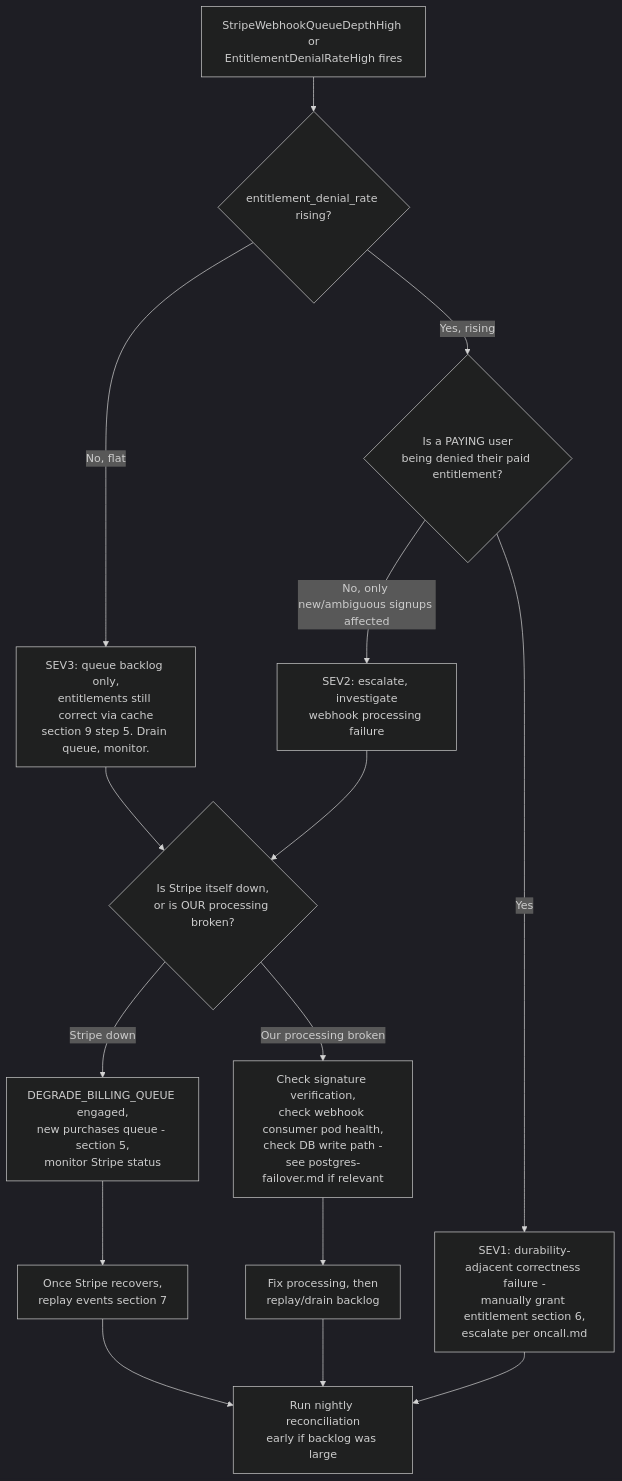
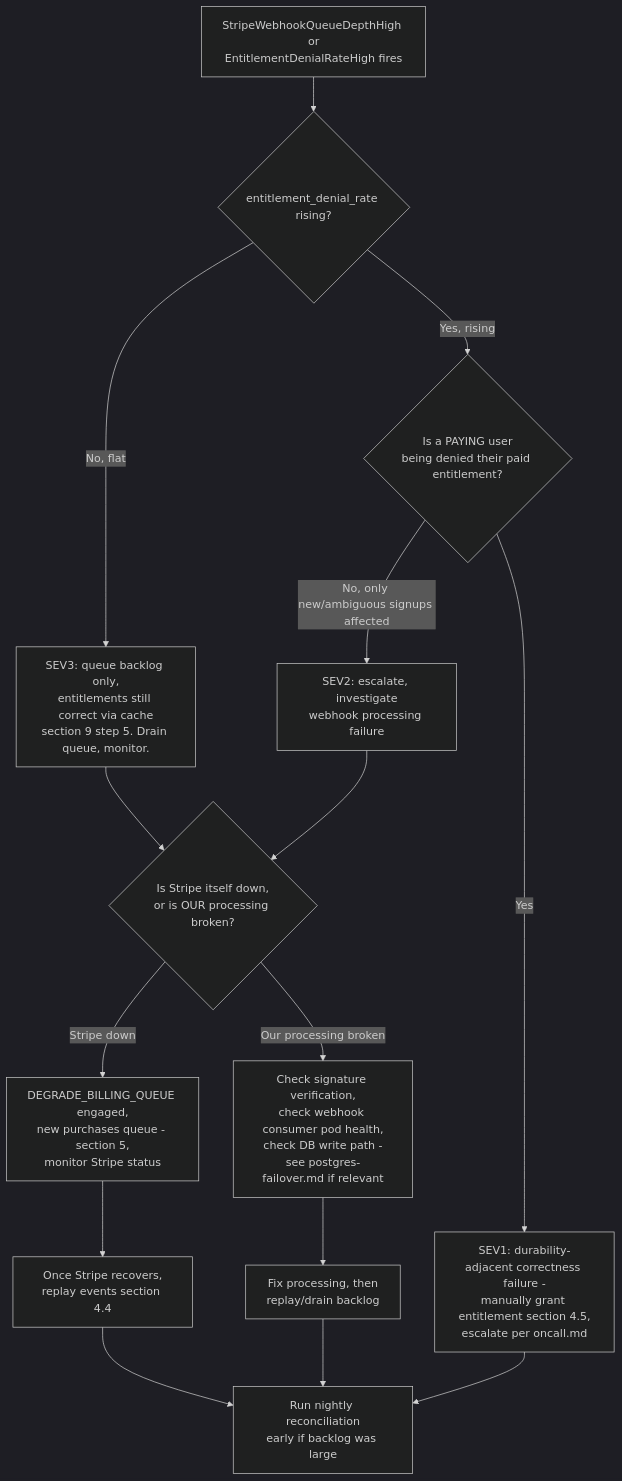
The diagram in docs/runbooks/stripe-webhook-backlog.md (NiranjanC-sys/quantstudio), drawn with Mermaid (dark theme) before and after one commit. The commit also changed other lines of this file and 52 other files, not shown here.

First line of the commit message:
web: curriculum, pricing, roadmaps and auth pages; correct lesson counts

````diff
--- a/docs/runbooks/stripe-webhook-backlog.md
+++ b/docs/runbooks/stripe-webhook-backlog.md
@@ -96,17 +96,17 @@
 ```mermaid
 flowchart TD
     A[StripeWebhookQueueDepthHigh or\nEntitlementDenialRateHigh fires] --> B{entitlement_denial_rate rising?}
     B -->|No, flat| C[SEV3: queue backlog only,\nentitlements still correct via cache\nsection 9 step 5. Drain queue, monitor.]
     B -->|Yes, rising| D{Is a PAYING user\nbeing denied their paid entitlement?}
-    D -->|Yes| E[SEV1: durability-adjacent correctness failure -\nmanually grant entitlement section 6,\nescalate per oncall.md]
+    D -->|Yes| E[SEV1: durability-adjacent correctness failure -\nmanually grant entitlement section 4.5,\nescalate per oncall.md]
     D -->|No, only new/ambiguous signups affected| F[SEV2: escalate, investigate\nwebhook processing failure]
     C --> G{Is Stripe itself down,\nor is OUR processing broken?}
     F --> G
     G -->|Stripe down| H[DEGRADE_BILLING_QUEUE engaged,\nnew purchases queue - section 5,\nmonitor Stripe status]
     G -->|Our processing broken| I[Check signature verification,\ncheck webhook consumer pod health,\ncheck DB write path -\nsee postgres-failover.md if relevant]
-    H --> J[Once Stripe recovers,\nreplay events section 7]
+    H --> J[Once Stripe recovers,\nreplay events section 4.4]
     I --> K[Fix processing, then\nreplay/drain backlog]
     J --> L[Run nightly reconciliation\nearly if backlog was large]
     K --> L
     E --> L
 ```
````
